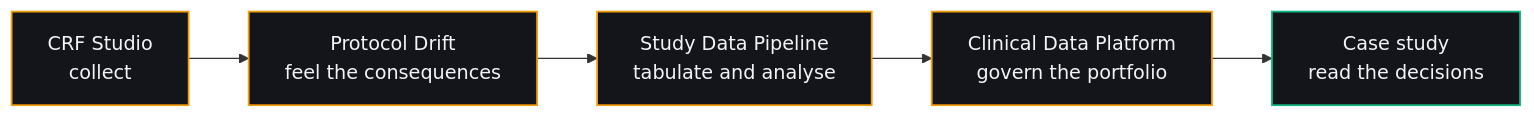
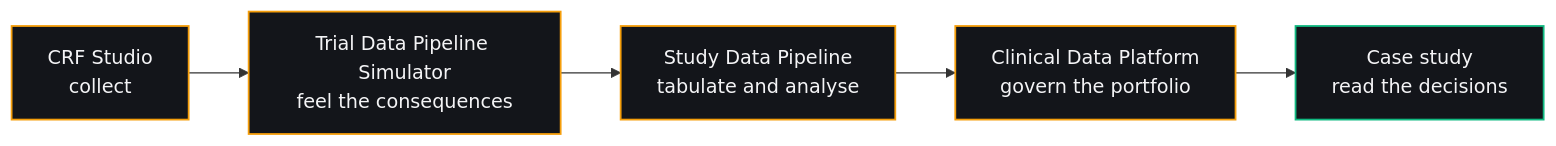
The first of 2 diagrams in README.md (fderuiter/deruiter.dev), drawn with Mermaid before and after one commit. The commit also changed other lines of this file and 20 other files, not shown here.

First line of the commit message:
chore(clinical): name the pipeline simulator from one constant

````diff
--- a/README.md
+++ b/README.md
@@ -66,11 +66,11 @@
 ```mermaid
 flowchart LR
-  A["CRF Studio<br/>collect"] --> B["Protocol Drift<br/>feel the consequences"]
+  A["CRF Studio<br/>collect"] --> B["Trial Data Pipeline Simulator<br/>feel the consequences"]
   B --> C["Study Data Pipeline<br/>tabulate and analyse"]
   C --> D["Clinical Data Platform<br/>govern the portfolio"]
   D --> E["Case study<br/>read the decisions"]
   classDef step fill:#13151a,stroke:#f59e0b,stroke-width:1.5px,color:#f4f4f6
   classDef last fill:#13151a,stroke:#10b981,stroke-width:1.5px,color:#f4f4f6
   class A,B,C,D step
   class E last
 ```
````
